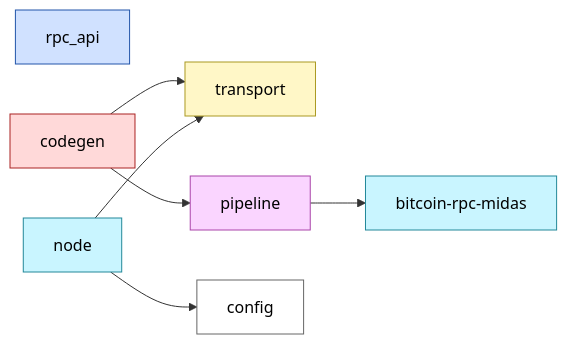
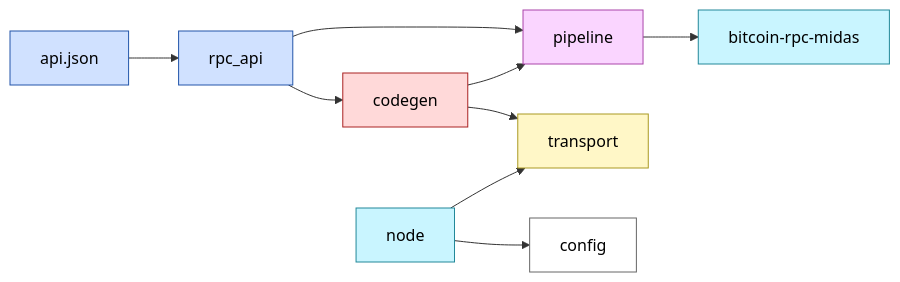
One commit to nervana21/bitcoin-rpc-codegen changed the diagram in docs/architecture.mmd. Above: the diagram before and after it, drawn with Mermaid.

Commit message:
refactor(docs): Update architecture diagram

```diff
--- a/docs/architecture.mmd
+++ b/docs/architecture.mmd
@@ -1,27 +1,19 @@
 flowchart LR
-  %% ───────────────────────── Nodes ─────────────────────────
-  RPC_API["rpc_api"]:::api
-  Codegen["codegen"]:::codegen
-  Transport["transport"]:::transport
-  Pipeline["pipeline"]:::pipeline
-  Midas["bitcoin‑rpc‑midas"]:::midas
-  NodeMgr["node"]:::node
-  Config["config"]:::config
+  API_JSON["api.json"]:::api --> RPC_API["rpc_api"]:::api
 
-  %% ───────────────────────── Flow ─────────────────────────
-  Codegen  --> Transport
-  Codegen  --> Pipeline
-  Pipeline --> Midas
+  RPC_API --> Codegen["codegen"]:::codegen
+  RPC_API --> Pipeline["pipeline"]:::pipeline
+  Codegen --> Pipeline
+  Codegen --> Transport["transport"]:::transport
+  Pipeline --> Midas["bitcoin‑rpc‑midas"]:::midas
 
-  %%  Node‑side utilities
-  NodeMgr  --> Transport
-  NodeMgr  --> Config
+  NodeMgr["node"]:::node --> Transport
+  NodeMgr --> Config["config"]:::config
 
-  %% ───────────────────────── Styles ─────────────────────────
   classDef api       fill:#d0e1ff,stroke:#2255aa,color:#000;
   classDef codegen   fill:#ffd9d9,stroke:#aa2222,color:#000;
   classDef transport fill:#fff7c7,stroke:#aa9922,color:#000;
   classDef pipeline  fill:#fad5ff,stroke:#aa44aa,color:#000;
   classDef midas     fill:#c9f5ff,stroke:#228899,color:#000;
   classDef node      fill:#c9f5ff,stroke:#228899,color:#000;
   classDef config    fill:#ffffff,stroke:#666666,color:#000;
```
